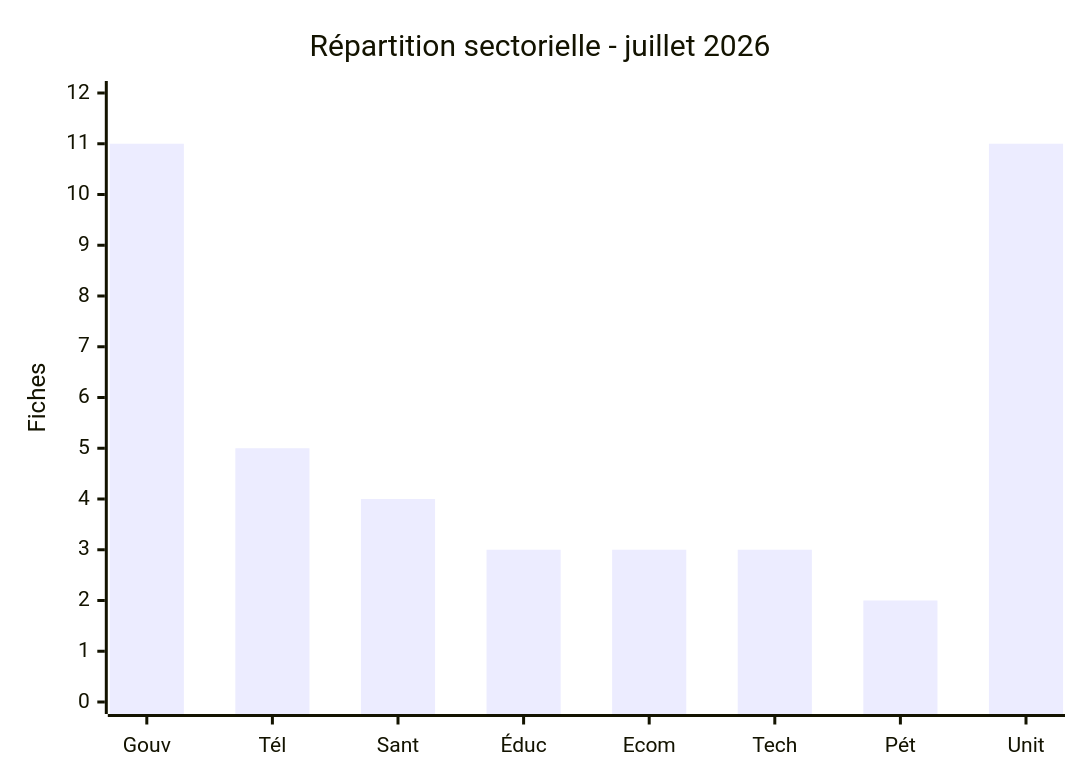
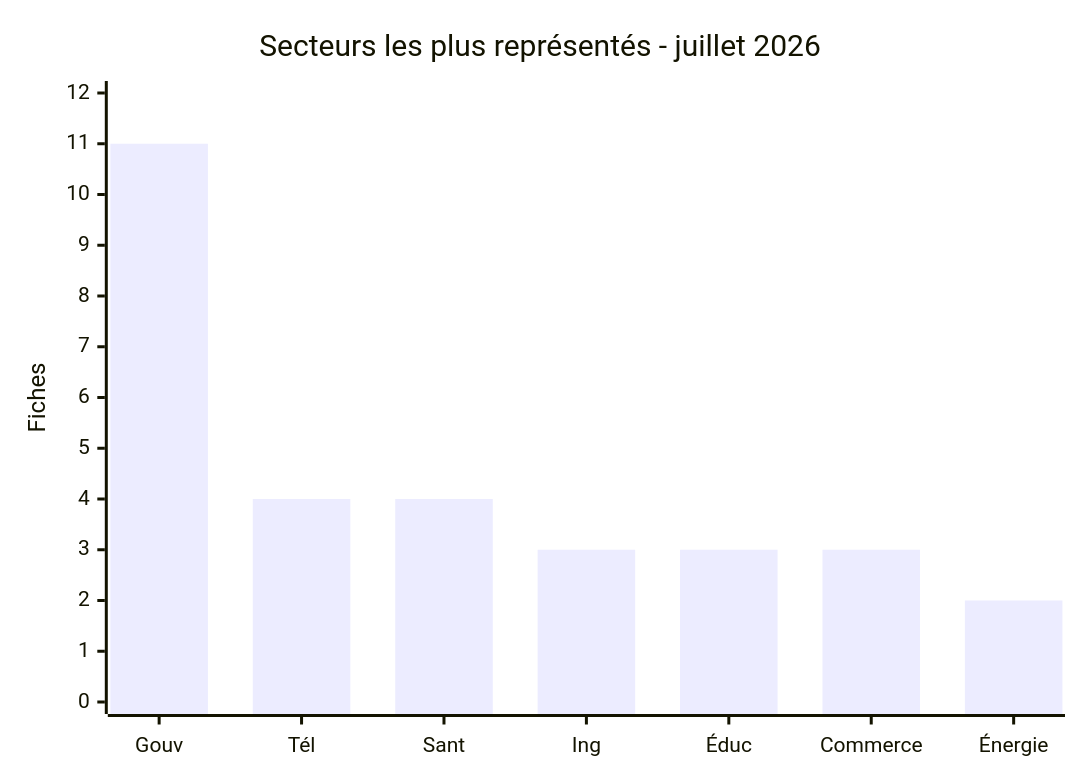
One commit to Hatchepsoute/AFRINTEL changed the seventh of 8 diagrams in CyberAttackAfrica/2026/07-july/README_FR.md. Above: the diagram before and after it, drawn with Mermaid. The commit also changed other lines of this file and 12 other files, not shown here.

````diff
--- a/CyberAttackAfrica/2026/07-july/README_FR.md
+++ b/CyberAttackAfrica/2026/07-july/README_FR.md
@@ -210,7 +244,7 @@
 ```mermaid
 xychart-beta
-    title "Répartition sectorielle - juillet 2026"
-    x-axis ["Gouv","Tél","Sant","Éduc","Ecom","Tech","Pét","Unit"]
+    title "Secteurs les plus représentés - juillet 2026"
+    x-axis ["Gouv","Tél","Sant","Ing","Éduc","Commerce","Énergie"]
     y-axis "Fiches" 0 --> 12
-    bar [11,5,4,3,3,3,2,11]
+    bar [11,4,4,3,3,3,2]
 ```
````
